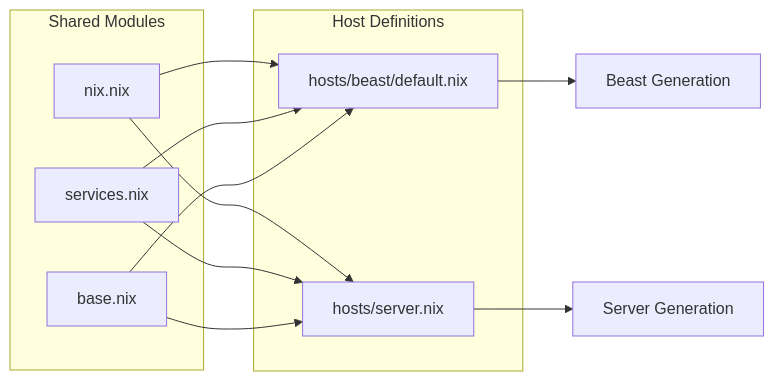
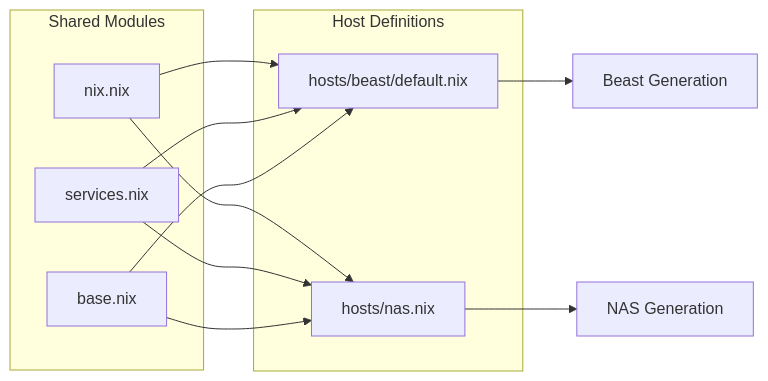
The diagram in docs/System-Modules.md (Cody-W-Tucker/nix-config), drawn with Mermaid before and after one commit. The commit also changed other lines of this file and 24 other files, not shown here.

First line of the commit message:
migrate server to nas

````diff
--- a/docs/System-Modules.md
+++ b/docs/System-Modules.md
@@ -55,22 +55,22 @@
 ```mermaid
 flowchart LR
     OUT_B["Beast Generation"]
-    OUT_S["Server Generation"]
+    OUT_N["NAS Generation"]
     subgraph subGraph1 ["Host Definitions"]
         H_BEAST["hosts/beast/default.nix"]
-        H_SRV["hosts/server.nix"]
+        H_NAS["hosts/nas.nix"]
     end
     subgraph subGraph0 ["Shared Modules"]
         M_NIX["nix.nix"]
         M_SVC["services.nix"]
         M_BASE["base.nix"]
     end
     M_NIX --> H_BEAST
     M_SVC --> H_BEAST
     M_BASE --> H_BEAST
-    M_NIX --> H_SRV
-    M_SVC --> H_SRV
-    M_BASE --> H_SRV
+    M_NIX --> H_NAS
+    M_SVC --> H_NAS
+    M_BASE --> H_NAS
     H_BEAST --> OUT_B
-    H_SRV --> OUT_S
+    H_NAS --> OUT_N
 ```
````
